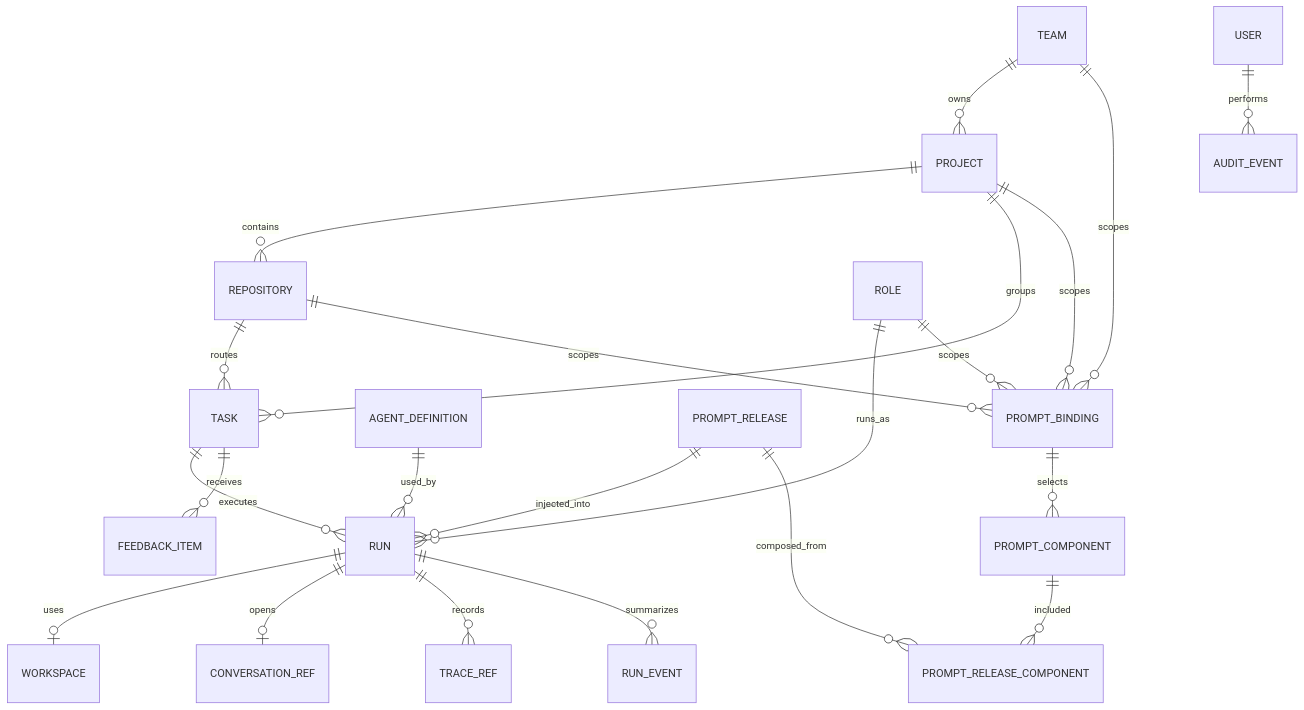
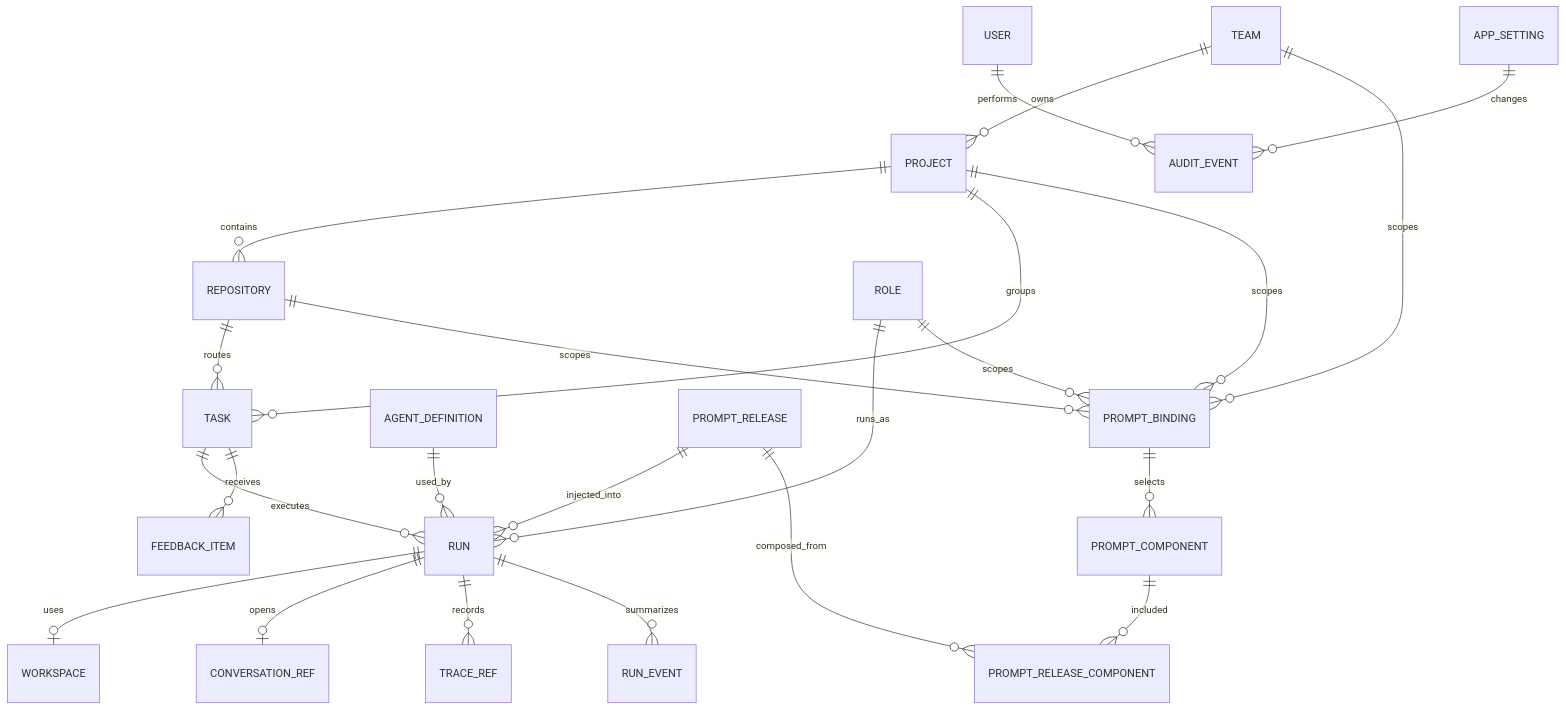
One commit to michaelx1993/agent-control-plane changed the diagram in docs/agent-control-plane-erd.md. Above: the diagram before and after it, drawn with Mermaid. The commit also changed other lines of this file and 338 other files, not shown here.

````diff
--- a/docs/agent-control-plane-erd.md
+++ b/docs/agent-control-plane-erd.md
@@ -19,24 +120,25 @@
 ```mermaid
 erDiagram
   TEAM ||--o{ PROJECT : owns
   PROJECT ||--o{ REPOSITORY : contains
   PROJECT ||--o{ TASK : groups
   REPOSITORY ||--o{ TASK : routes
   TASK ||--o{ RUN : executes
   RUN ||--o| WORKSPACE : uses
   AGENT_DEFINITION ||--o{ RUN : used_by
   ROLE ||--o{ RUN : runs_as
   RUN ||--o| CONVERSATION_REF : opens
   RUN ||--o{ TRACE_REF : records
   RUN ||--o{ RUN_EVENT : summarizes
   TASK ||--o{ FEEDBACK_ITEM : receives
   PROMPT_RELEASE ||--o{ RUN : injected_into
   PROMPT_COMPONENT ||--o{ PROMPT_RELEASE_COMPONENT : included
   PROMPT_RELEASE ||--o{ PROMPT_RELEASE_COMPONENT : composed_from
   PROMPT_BINDING ||--o{ PROMPT_COMPONENT : selects
   TEAM ||--o{ PROMPT_BINDING : scopes
   PROJECT ||--o{ PROMPT_BINDING : scopes
   REPOSITORY ||--o{ PROMPT_BINDING : scopes
   ROLE ||--o{ PROMPT_BINDING : scopes
   USER ||--o{ AUDIT_EVENT : performs
+  APP_SETTING ||--o{ AUDIT_EVENT : changes
 ```
````
